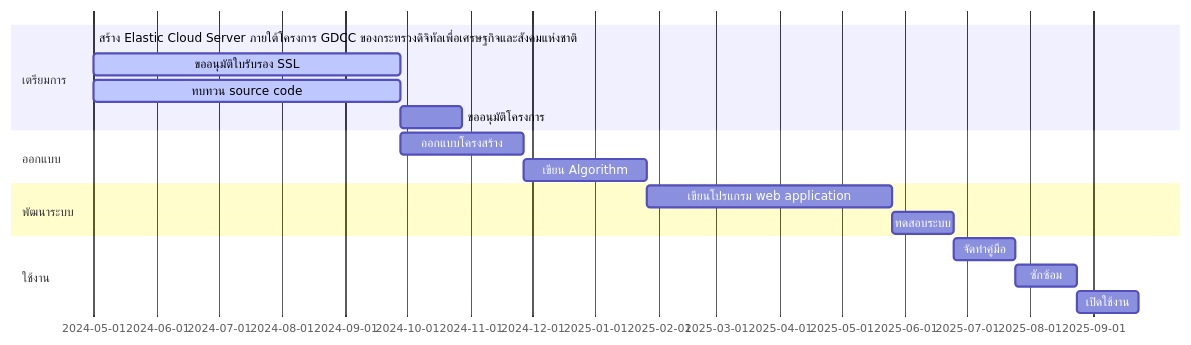
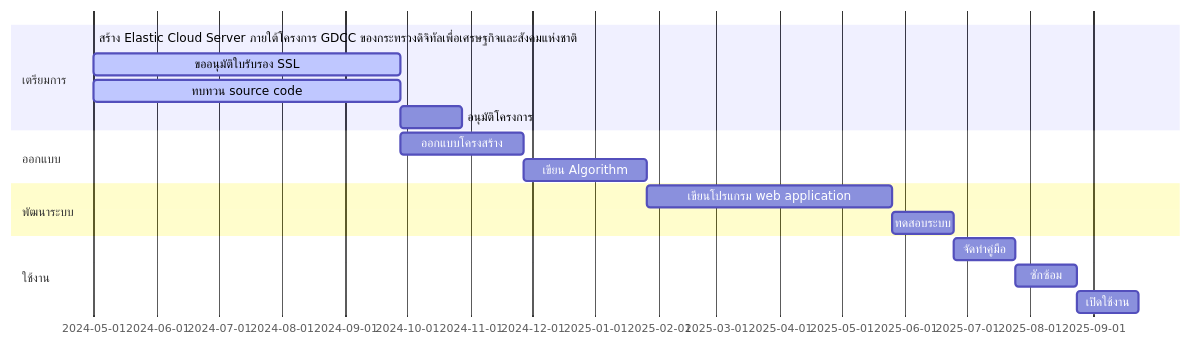
The first of 2 diagrams in README.md (Kietpawpan/e-tracking), drawn with Mermaid before and after one commit.

````diff
--- a/README.md
+++ b/README.md
@@ -10,20 +10,20 @@
 ```mermaid
 gantt
     section เตรียมการ
        สร้าง Elastic Cloud Server ภายใต้โครงการ GDCC ของกระทรวงดิจิทัลเพื่อเศรษฐกิจและสังคมแห่งชาติ :done,    des1, 2024-05-01,2024-05-30
        ขออนุมัติใบรับรอง SSL :active, des2, after des1, 150d
        ทบทวน source code : active, des3, after des1, 150d
-       ขออนุมัติโครงการ: a, after des3, 30d
+       อนุมัติโครงการ: a, after des3, 30d
     section ออกแบบ
        ออกแบบโครงสร้าง  :  des4, after des3, 60d
        เขียน Algorithm:   des5, after des4, 60d
     section พัฒนาระบบ
        เขียนโปรแกรม web application  :  des6, after des5, 120d
        ทดสอบระบบ:    des7, after des6, 30d
    section ใช้งาน
        จัดทำคู่มือ  :   des8, after des7, 30d
        ซักซ้อม :      des9, after des8, 30d
        เปิดใช้งาน:    des10, after des9, 30d
 
 
 ```
````
